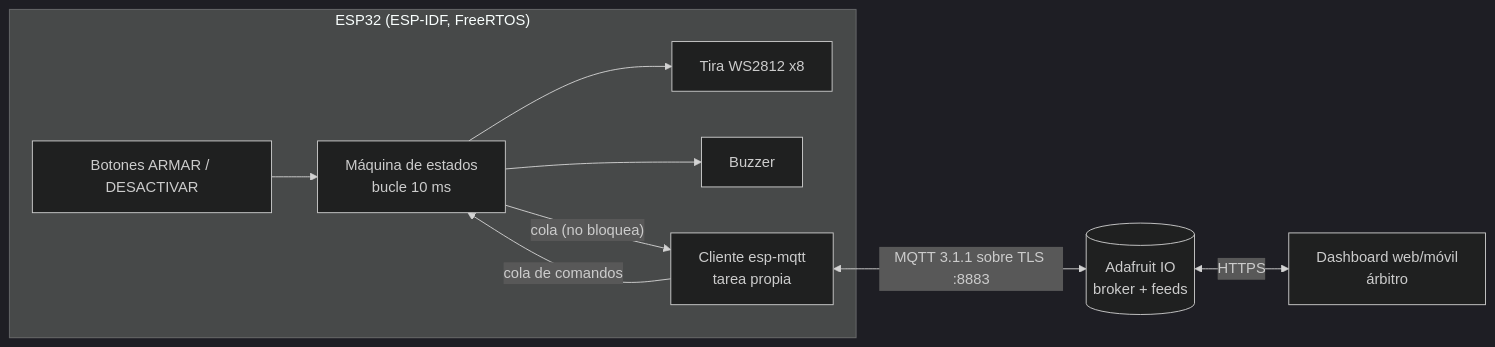
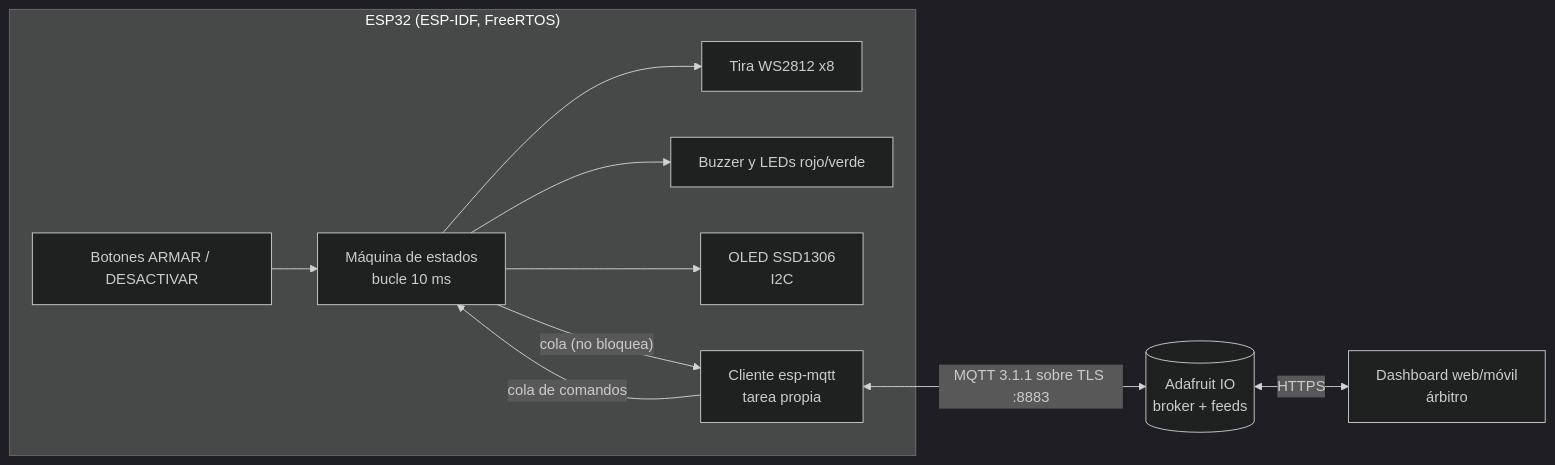
One commit to adrianbalderas373488/bomba-iot changed the diagram in README.md. Above: the diagram before and after it, drawn with Mermaid (dark theme). The commit also changed other lines of this file and 5 other files, not shown here.

Commit message:
Agrega pantalla OLED, LEDs rojo/verde y diagrama con montaje en caja

````diff
--- a/README.md
+++ b/README.md
@@ -12,12 +13,13 @@
 ```mermaid
 flowchart LR
   subgraph ESP32["ESP32 (ESP-IDF, FreeRTOS)"]
     BTN[Botones ARMAR / DESACTIVAR] --> GAME[Máquina de estados<br/>bucle 10 ms]
     GAME --> LED[Tira WS2812 x8]
-    GAME --> BUZ[Buzzer]
+    GAME --> BUZ[Buzzer y LEDs rojo/verde]
+    GAME --> OLED[OLED SSD1306<br/>I2C]
     GAME -- "cola (no bloquea)" --> MQTTC[Cliente esp-mqtt<br/>tarea propia]
     MQTTC -- cola de comandos --> GAME
   end
   MQTTC <-- "MQTT 3.1.1 sobre TLS :8883" --> AIO[(Adafruit IO<br/>broker + feeds)]
   AIO <-- HTTPS --> DASH[Dashboard web/móvil<br/>árbitro]
 ```
````
